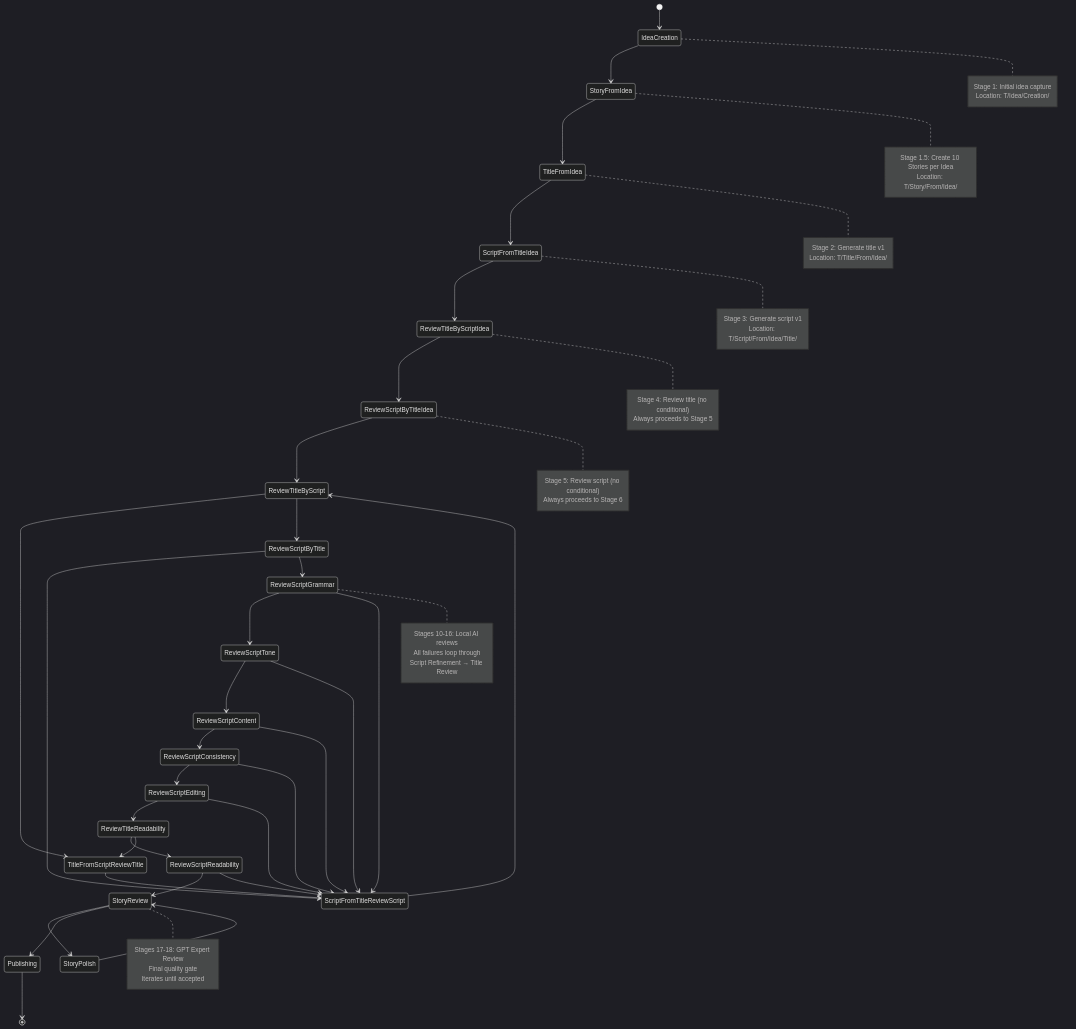
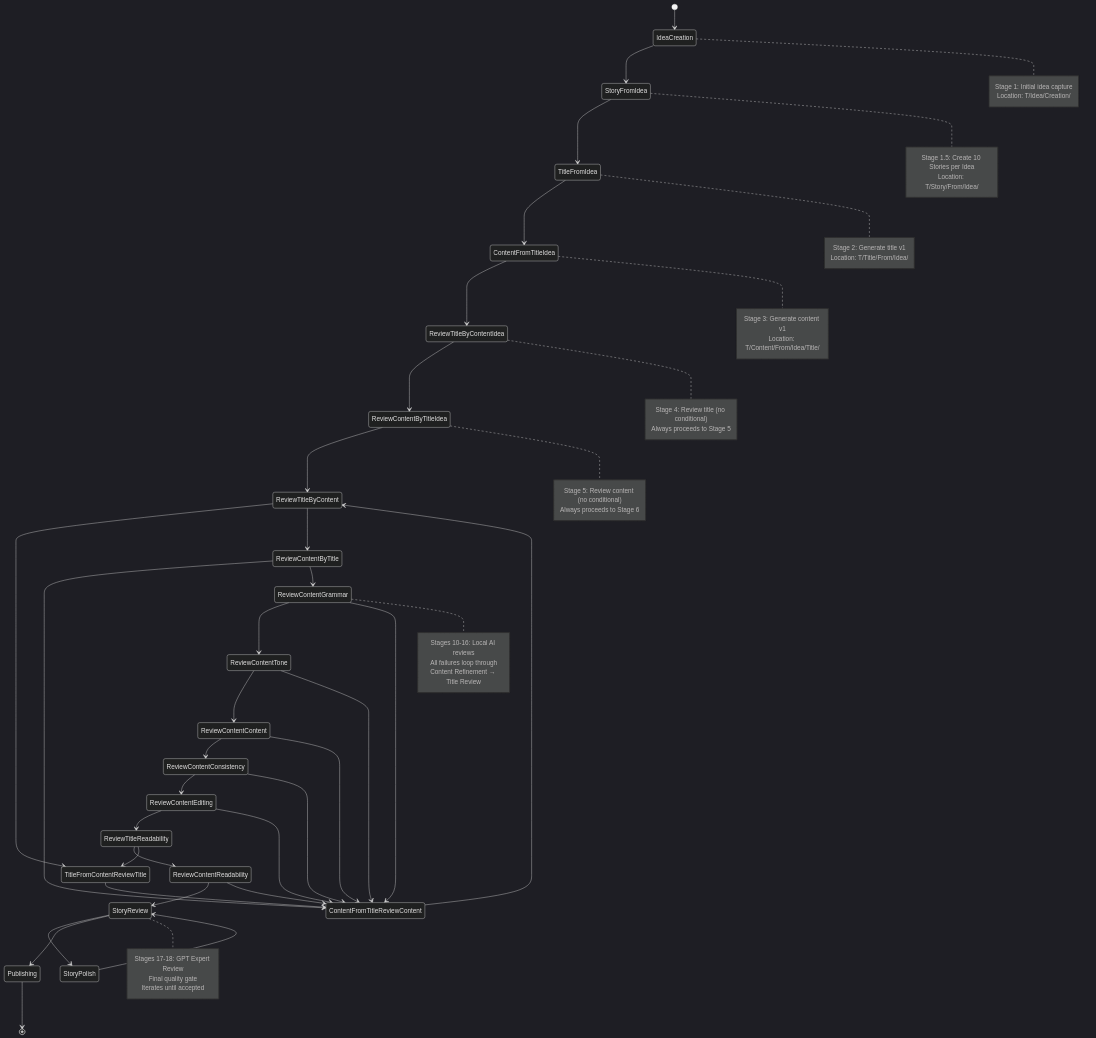
One commit to Nomoos/PrismQ changed the diagram in T/_meta/docs/WORKFLOW_STATE_MACHINE.md. Above: the diagram before and after it, drawn with Mermaid (dark theme). The commit also changed other lines of this file and 1 other file, not shown here.

Commit message:
Update WORKFLOW_DETAILED.md and WORKFLOW_STATE_MACHINE.md: Replace Script with Content

```diff
--- a/T/_meta/docs/WORKFLOW_STATE_MACHINE.md
+++ b/T/_meta/docs/WORKFLOW_STATE_MACHINE.md
@@ -10,43 +10,43 @@
     
     IdeaCreation --> StoryFromIdea
     StoryFromIdea --> TitleFromIdea
-    TitleFromIdea --> ScriptFromTitleIdea
-    ScriptFromTitleIdea --> ReviewTitleByScriptIdea
+    TitleFromIdea --> ContentFromTitleIdea
+    ContentFromTitleIdea --> ReviewTitleByContentIdea
     
-    ReviewTitleByScriptIdea --> ReviewScriptByTitleIdea
+    ReviewTitleByContentIdea --> ReviewContentByTitleIdea
     
-    ReviewScriptByTitleIdea --> ReviewTitleByScript
+    ReviewContentByTitleIdea --> ReviewTitleByContent
     
-    ReviewTitleByScript --> TitleFromScriptReviewTitle
-    ReviewTitleByScript --> ReviewScriptByTitle
+    ReviewTitleByContent --> TitleFromContentReviewTitle
+    ReviewTitleByContent --> ReviewContentByTitle
     
-    TitleFromScriptReviewTitle --> ScriptFromTitleReviewScript
+    TitleFromContentReviewTitle --> ContentFromTitleReviewContent
     
-    ScriptFromTitleReviewScript --> ReviewTitleByScript
+    ContentFromTitleReviewContent --> ReviewTitleByContent
     
-    ReviewScriptByTitle --> ScriptFromTitleReviewScript
-    ReviewScriptByTitle --> ReviewScriptGrammar
+    ReviewContentByTitle --> ContentFromTitleReviewContent
+    ReviewContentByTitle --> ReviewContentGrammar
     
-    ReviewScriptGrammar --> ReviewScriptTone
-    ReviewScriptGrammar --> ScriptFromTitleReviewScript
+    ReviewContentGrammar --> ReviewContentTone
+    ReviewContentGrammar --> ContentFromTitleReviewContent
     
-    ReviewScriptTone --> ReviewScriptContent
-    ReviewScriptTone --> ScriptFromTitleReviewScript
+    ReviewContentTone --> ReviewContentContent
+    ReviewContentTone --> ContentFromTitleReviewContent
     
-    ReviewScriptContent --> ReviewScriptConsistency
-    ReviewScriptContent --> ScriptFromTitleReviewScript
+    ReviewContentContent --> ReviewContentConsistency
+    ReviewContentContent --> ContentFromTitleReviewContent
     
-    ReviewScriptConsistency --> ReviewScriptEditing
-    ReviewScriptConsistency --> ScriptFromTitleReviewScript
+    ReviewContentConsistency --> ReviewContentEditing
+    ReviewContentConsistency --> ContentFromTitleReviewContent
     
-    ReviewScriptEditing --> ReviewTitleReadability
-    ReviewScriptEditing --> ScriptFromTitleReviewScript
+    ReviewContentEditing --> ReviewTitleReadability
+    ReviewContentEditing --> ContentFromTitleReviewContent
     
-    ReviewTitleReadability --> ReviewScriptReadability
-    ReviewTitleReadability --> TitleFromScriptReviewTitle
+    ReviewTitleReadability --> ReviewContentReadability
+    ReviewTitleReadability --> TitleFromContentReviewTitle
     
-    ReviewScriptReadability --> StoryReview
-    ReviewScriptReadability --> ScriptFromTitleReviewScript
+    ReviewContentReadability --> StoryReview
+    ReviewContentReadability --> ContentFromTitleReviewContent
     
     StoryReview --> StoryPolish
     StoryReview --> Publishing
@@ -70,25 +70,25 @@
         Location: T/Title/From/Idea/
     end note
     
-    note right of ScriptFromTitleIdea
-        Stage 3: Generate script v1
-        Location: T/Script/From/Idea/Title/
+    note right of ContentFromTitleIdea
+        Stage 3: Generate content v1
+        Location: T/Content/From/Idea/Title/
     end note
     
-    note right of ReviewTitleByScriptIdea
+    note right of ReviewTitleByContentIdea
         Stage 4: Review title (no conditional)
         Always proceeds to Stage 5
     end note
     
-    note right of ReviewScriptByTitleIdea
-        Stage 5: Review script (no conditional)
+    note right of ReviewContentByTitleIdea
+        Stage 5: Review content (no conditional)
         Always proceeds to Stage 6
     end note
     
-    note right of ReviewScriptGrammar
+    note right of ReviewContentGrammar
         Stages 10-16: Local AI reviews
         All failures loop through
-        Script Refinement → Title Review
+        Content Refinement → Title Review
     end note
     
     note right of StoryReview
```
